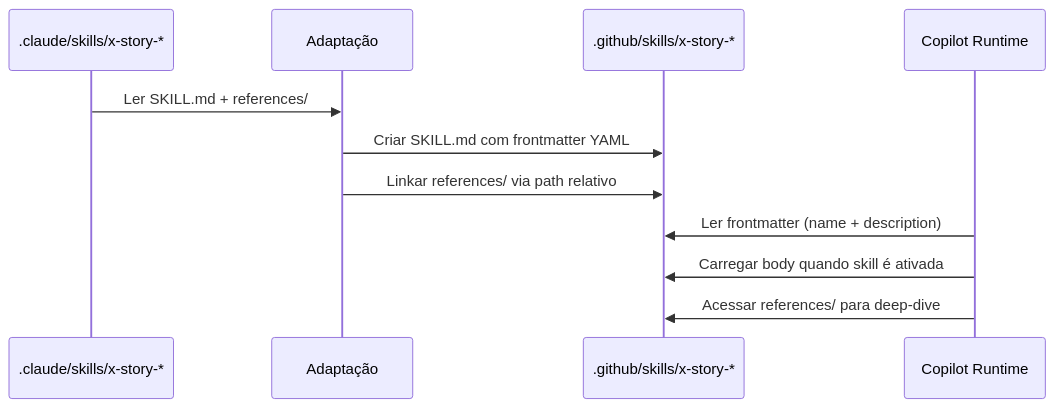
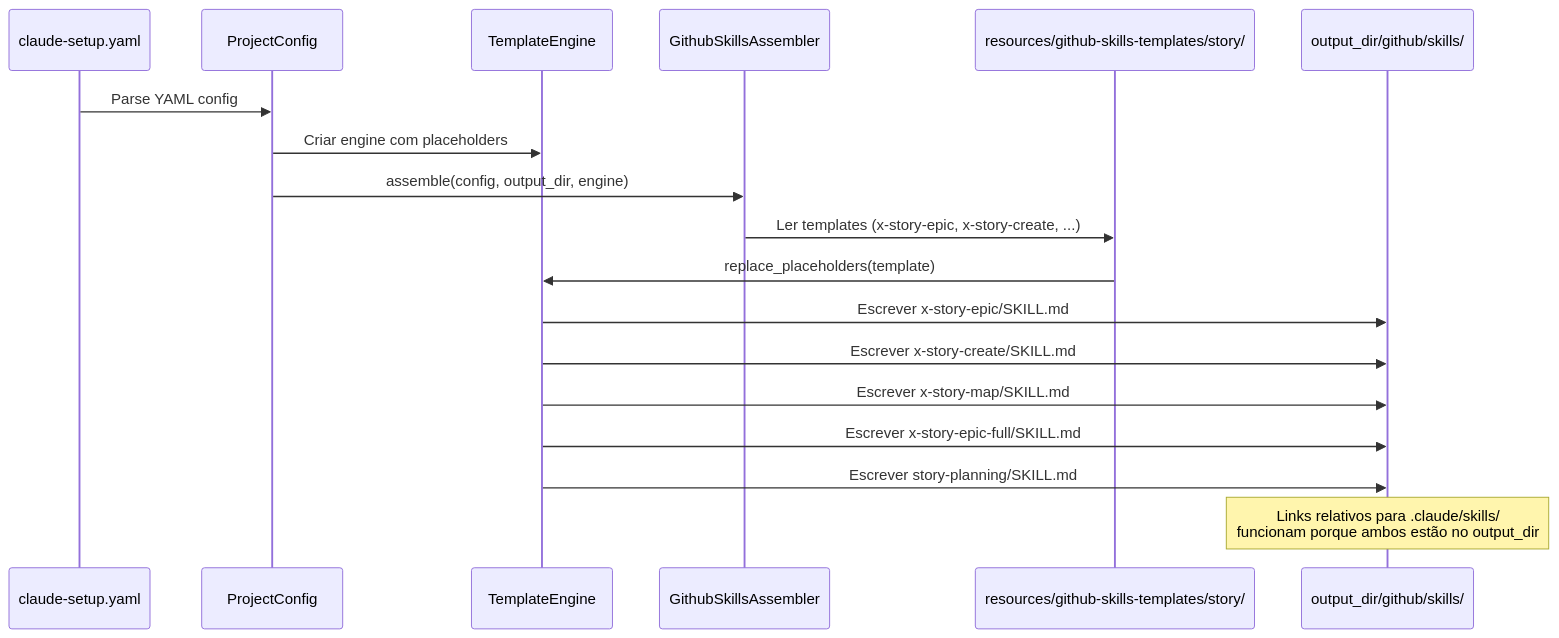
One commit to edercnj/ia-dev-environment changed the diagram in docs/stories/github-structure/STORY-003.md. Above: the diagram before and after it, drawn with Mermaid. The commit also changed other lines of this file and 64 other files, not shown here.

First line of the commit message:
feat: add GithubInstructionsAssembler and gitignore .github/ as generated output

````diff
--- a/docs/stories/github-structure/STORY-003.md
+++ b/docs/stories/github-structure/STORY-003.md
@@ -93,14 +114,22 @@
 ```mermaid
 sequenceDiagram
-    participant CS as .claude/skills/x-story-*
-    participant A as Adaptação
-    participant GS as .github/skills/x-story-*
-    participant C as Copilot Runtime
+    participant Y as claude-setup.yaml
+    participant P as ProjectConfig
+    participant E as TemplateEngine
+    participant A as GithubSkillsAssembler
+    participant T as resources/github-skills-templates/story/
+    participant O as output_dir/github/skills/
 
-    CS->>A: Ler SKILL.md + references/
-    A->>GS: Criar SKILL.md com frontmatter YAML
-    A->>GS: Linkar references/ via path relativo
-    C->>GS: Ler frontmatter (name + description)
-    C->>GS: Carregar body quando skill é ativada
-    C->>GS: Acessar references/ para deep-dive
+    Y->>P: Parse YAML config
+    P->>E: Criar engine com placeholders
+    P->>A: assemble(config, output_dir, engine)
+    A->>T: Ler templates (x-story-epic, x-story-create, ...)
+    T->>E: replace_placeholders(template)
+    E->>O: Escrever x-story-epic/SKILL.md
+    E->>O: Escrever x-story-create/SKILL.md
+    E->>O: Escrever x-story-map/SKILL.md
+    E->>O: Escrever x-story-epic-full/SKILL.md
+    E->>O: Escrever story-planning/SKILL.md
+
+    Note over O: Links relativos para .claude/skills/<br/>funcionam porque ambos estão no output_dir
 ```
````
